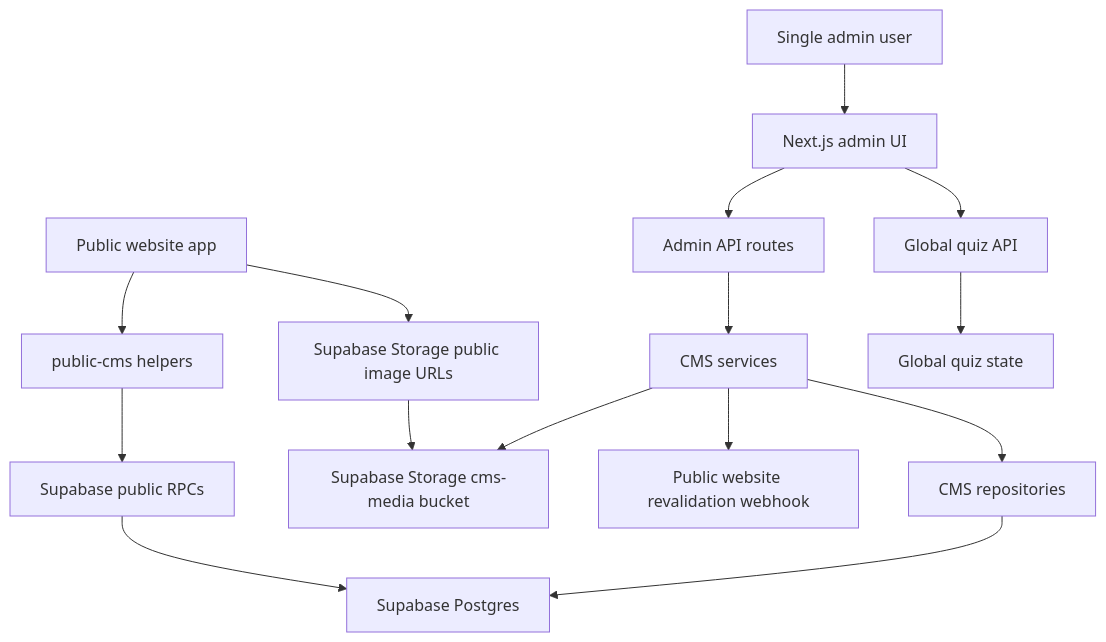
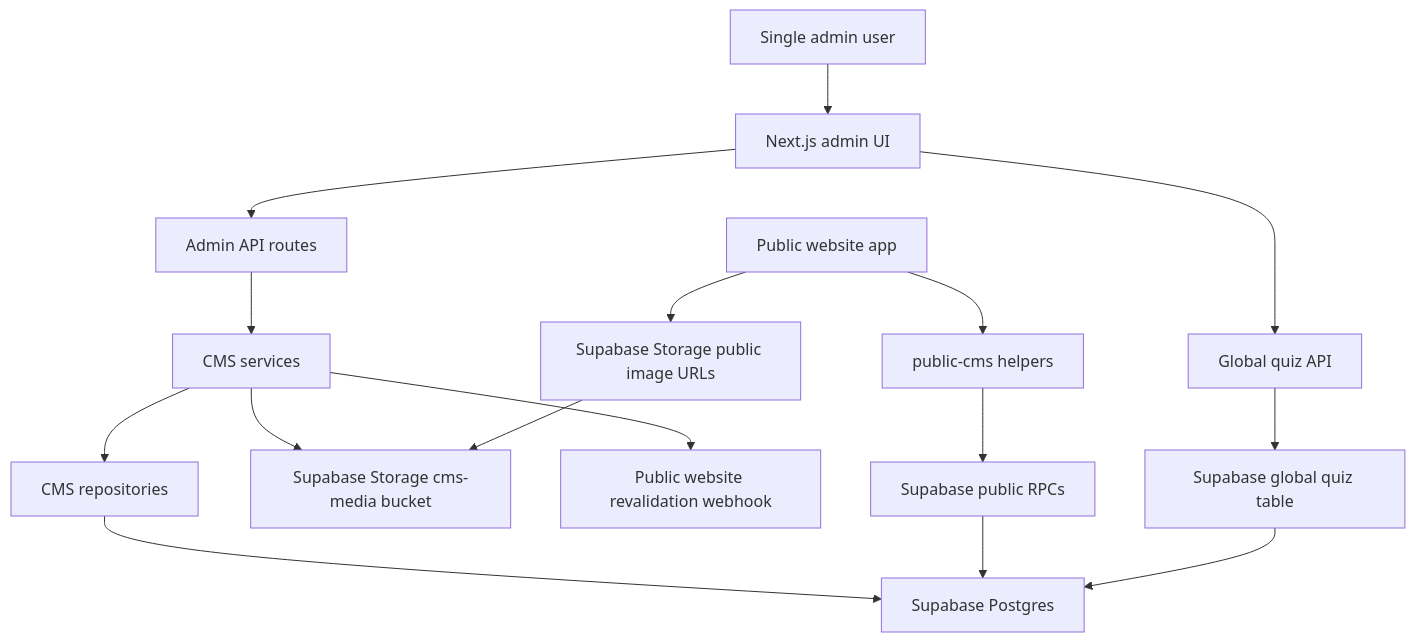
The diagram in docs/IMPLEMENTATION_DETAILS.md (nisarhali2022/Admin-CMS), drawn with Mermaid before and after one commit. The commit also changed other lines of this file and 62 other files, not shown here.

````diff
--- a/docs/IMPLEMENTATION_DETAILS.md
+++ b/docs/IMPLEMENTATION_DETAILS.md
@@ -41,17 +41,18 @@
 ```mermaid
 flowchart TD
   Admin["Single admin user"] --> AdminUI["Next.js admin UI"]
   AdminUI --> AdminRoutes["Admin API routes"]
   AdminRoutes --> Services["CMS services"]
   Services --> Repos["CMS repositories"]
   Repos --> SupabaseDB["Supabase Postgres"]
   Services --> Storage["Supabase Storage cms-media bucket"]
   Services --> Revalidation["Public website revalidation webhook"]
   PublicSite["Public website app"] --> PublicHelpers["public-cms helpers"]
   PublicHelpers --> PublicRPC["Supabase public RPCs"]
   PublicRPC --> SupabaseDB
   PublicSite --> PublicImages["Supabase Storage public image URLs"]
   PublicImages --> Storage
   AdminUI --> QuizRoute["Global quiz API"]
-  QuizRoute --> QuizState["Global quiz state"]
+  QuizRoute --> QuizTable["Supabase global quiz table"]
+  QuizTable --> SupabaseDB
 ```
````
